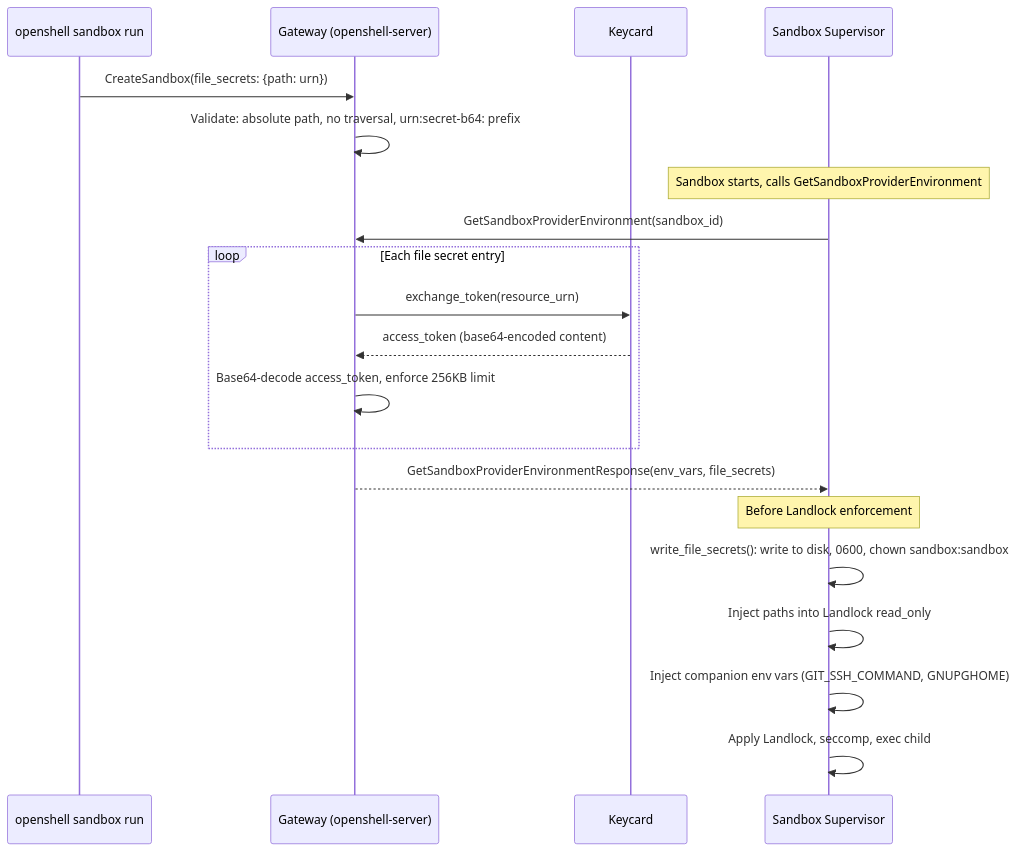
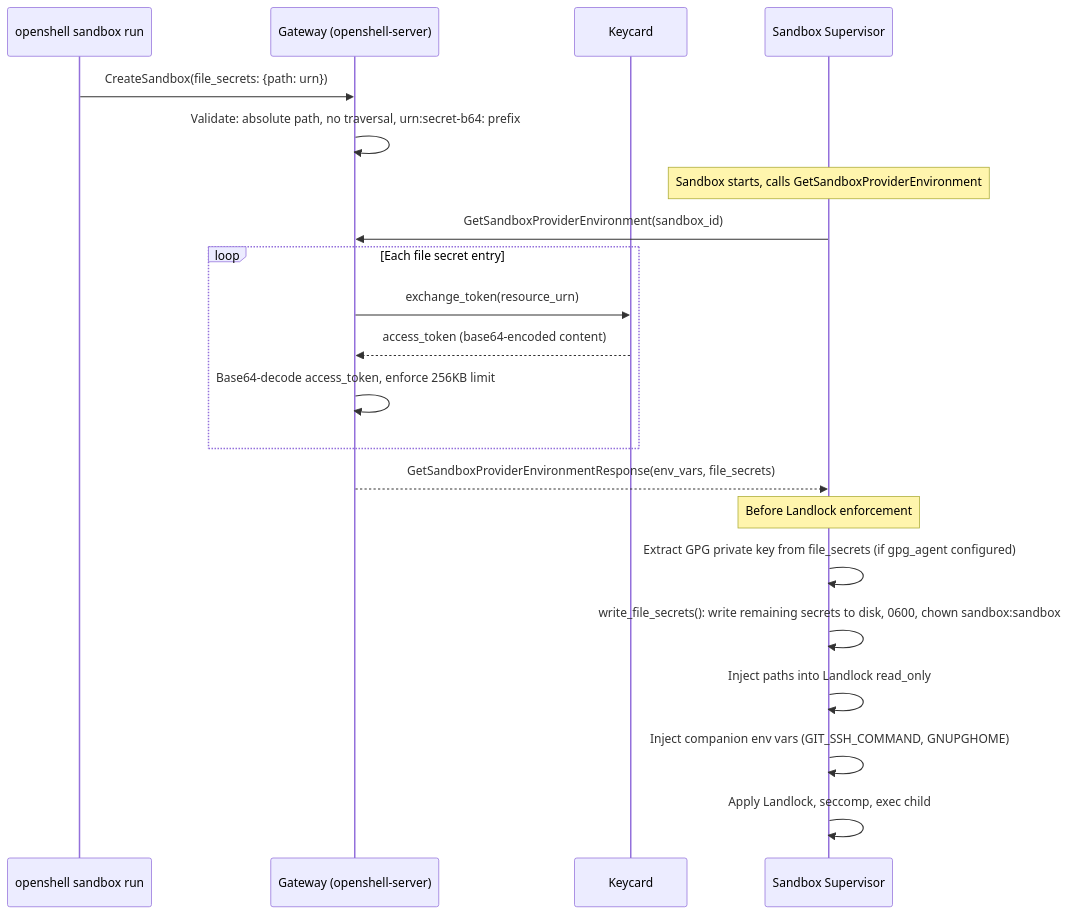
Before and after one commit to kamil-keycard/OpenShell: diagram 11 of 14 in architecture/sandbox.md, drawn with Mermaid. The commit also changed other lines of this file, not shown here.

First line of the commit message:
docs(architecture): update sandbox docs for gpg-agent bug fixes

````diff
--- a/architecture/sandbox.md
+++ b/architecture/sandbox.md
@@ -1398,25 +1398,26 @@
 ```mermaid
 sequenceDiagram
     participant CLI as openshell sandbox run
     participant GW as Gateway (openshell-server)
     participant KC as Keycard
     participant SB as Sandbox Supervisor
 
     CLI->>GW: CreateSandbox(file_secrets: {path: urn})
     GW->>GW: Validate: absolute path, no traversal, urn:secret-b64: prefix
 
     Note over SB: Sandbox starts, calls GetSandboxProviderEnvironment
     SB->>GW: GetSandboxProviderEnvironment(sandbox_id)
     loop Each file secret entry
         GW->>KC: exchange_token(resource_urn)
         KC-->>GW: access_token (base64-encoded content)
         GW->>GW: Base64-decode access_token, enforce 256KB limit
     end
     GW-->>SB: GetSandboxProviderEnvironmentResponse(env_vars, file_secrets)
 
     Note over SB: Before Landlock enforcement
-    SB->>SB: write_file_secrets(): write to disk, 0600, chown sandbox:sandbox
+    SB->>SB: Extract GPG private key from file_secrets (if gpg_agent configured)
+    SB->>SB: write_file_secrets(): write remaining secrets to disk, 0600, chown sandbox:sandbox
     SB->>SB: Inject paths into Landlock read_only
     SB->>SB: Inject companion env vars (GIT_SSH_COMMAND, GNUPGHOME)
     SB->>SB: Apply Landlock, seccomp, exec child
 ```
````
